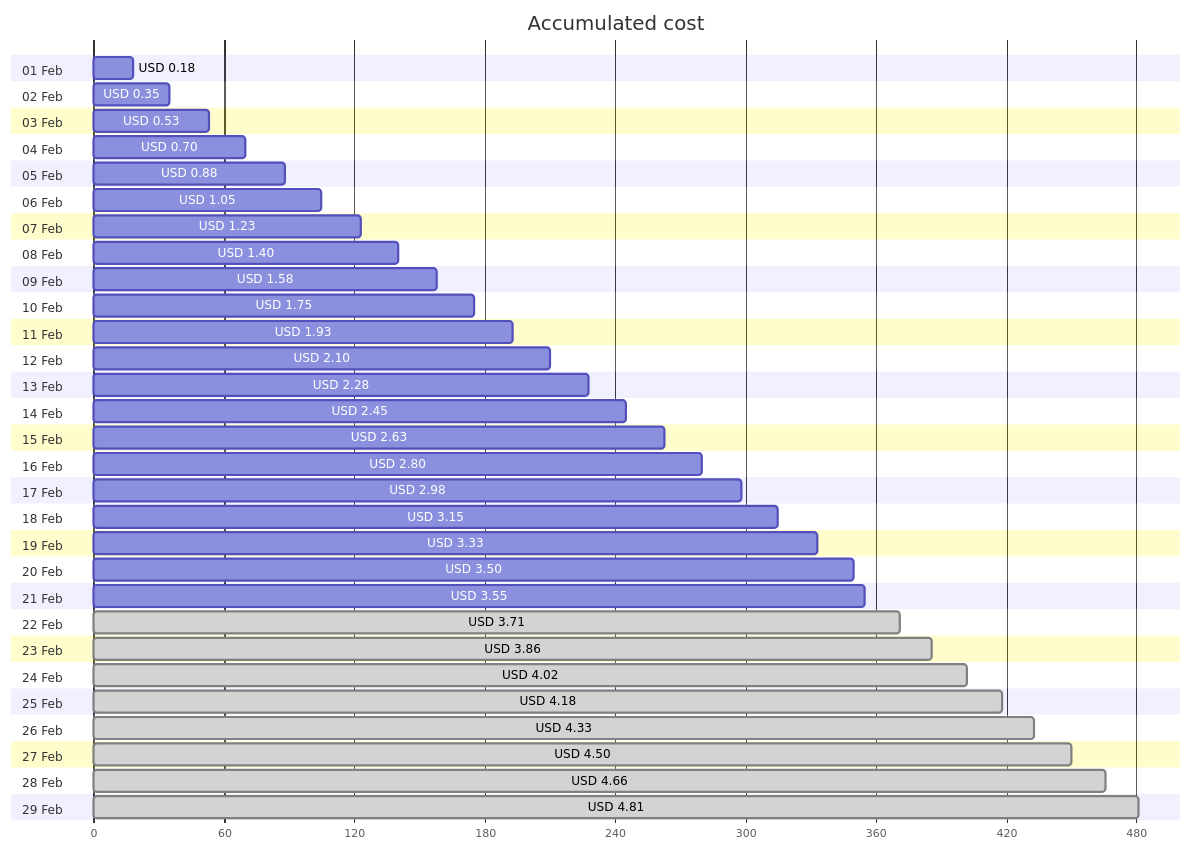
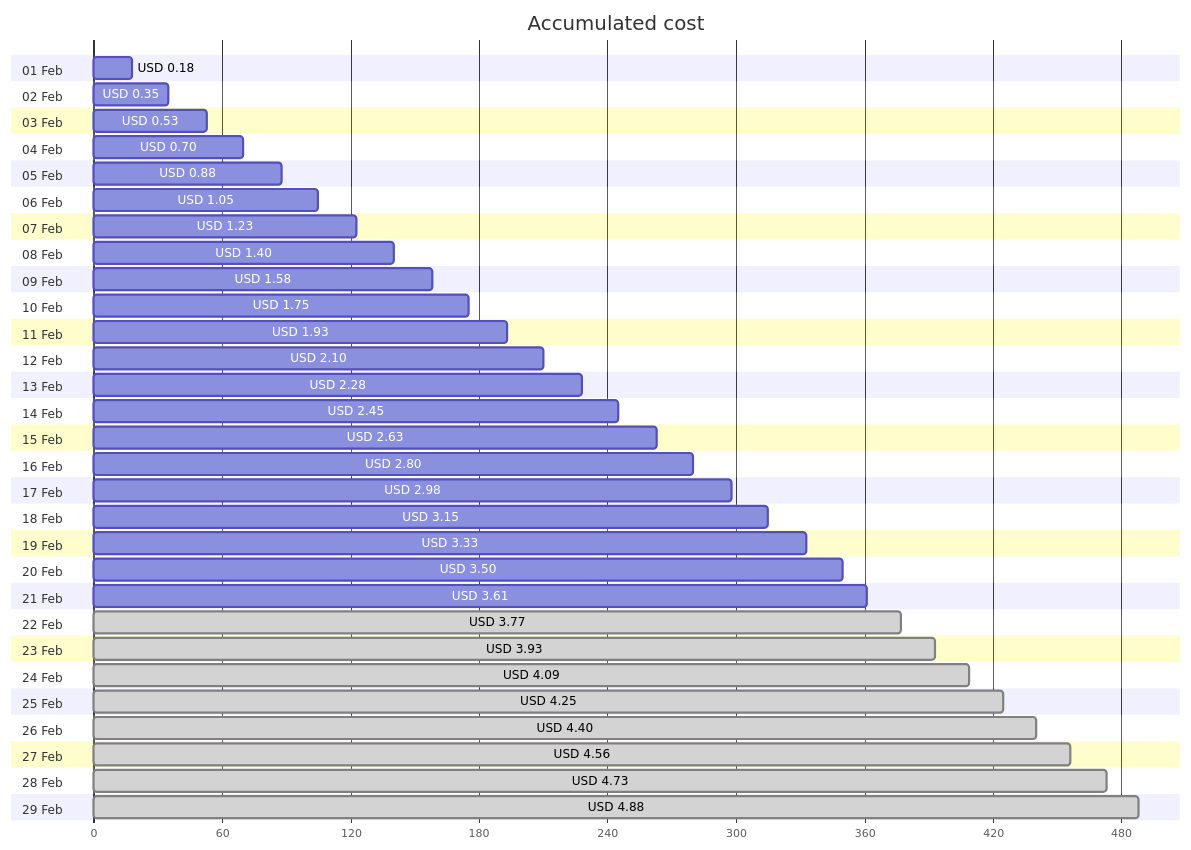
Before and after one commit to jpfulton/azure-personal-reports: the first of 4 diagrams in cost-reports/personal-network/backup-server.md, drawn with Mermaid. The commit also changed other lines of this file and 8 other files, not shown here.

````diff
--- a/cost-reports/personal-network/backup-server.md
+++ b/cost-reports/personal-network/backup-server.md
@@ -20,64 +20,64 @@
 ```mermaid
 gantt
    title Accumulated cost
    dateFormat  X
    axisFormat %s
    section 01 Feb
    USD 0.18 :0, 18
    section 02 Feb
    USD 0.35 :0, 35
    section 03 Feb
    USD 0.53 :0, 53
    section 04 Feb
    USD 0.70 :0, 70
    section 05 Feb
    USD 0.88 :0, 88
    section 06 Feb
    USD 1.05 :0, 105
    section 07 Feb
    USD 1.23 :0, 123
    section 08 Feb
    USD 1.40 :0, 140
    section 09 Feb
    USD 1.58 :0, 158
    section 10 Feb
    USD 1.75 :0, 175
    section 11 Feb
    USD 1.93 :0, 193
    section 12 Feb
    USD 2.10 :0, 210
    section 13 Feb
    USD 2.28 :0, 228
    section 14 Feb
    USD 2.45 :0, 245
    section 15 Feb
    USD 2.63 :0, 263
    section 16 Feb
    USD 2.80 :0, 280
    section 17 Feb
    USD 2.98 :0, 298
    section 18 Feb
    USD 3.15 :0, 315
    section 19 Feb
    USD 3.33 :0, 333
    section 20 Feb
    USD 3.50 :0, 350
    section 21 Feb
-   USD 3.55 :0, 355
+   USD 3.61 :0, 361
    section 22 Feb
-   USD 3.71 : done, 0, 371
+   USD 3.77 : done, 0, 377
    section 23 Feb
-   USD 3.86 : done, 0, 386
+   USD 3.93 : done, 0, 393
    section 24 Feb
-   USD 4.02 : done, 0, 402
+   USD 4.09 : done, 0, 409
    section 25 Feb
-   USD 4.18 : done, 0, 418
+   USD 4.25 : done, 0, 425
    section 26 Feb
-   USD 4.33 : done, 0, 433
+   USD 4.40 : done, 0, 440
    section 27 Feb
-   USD 4.50 : done, 0, 450
+   USD 4.56 : done, 0, 456
    section 28 Feb
-   USD 4.66 : done, 0, 466
+   USD 4.73 : done, 0, 473
    section 29 Feb
-   USD 4.81 : done, 0, 481
+   USD 4.88 : done, 0, 488
 ```
````
